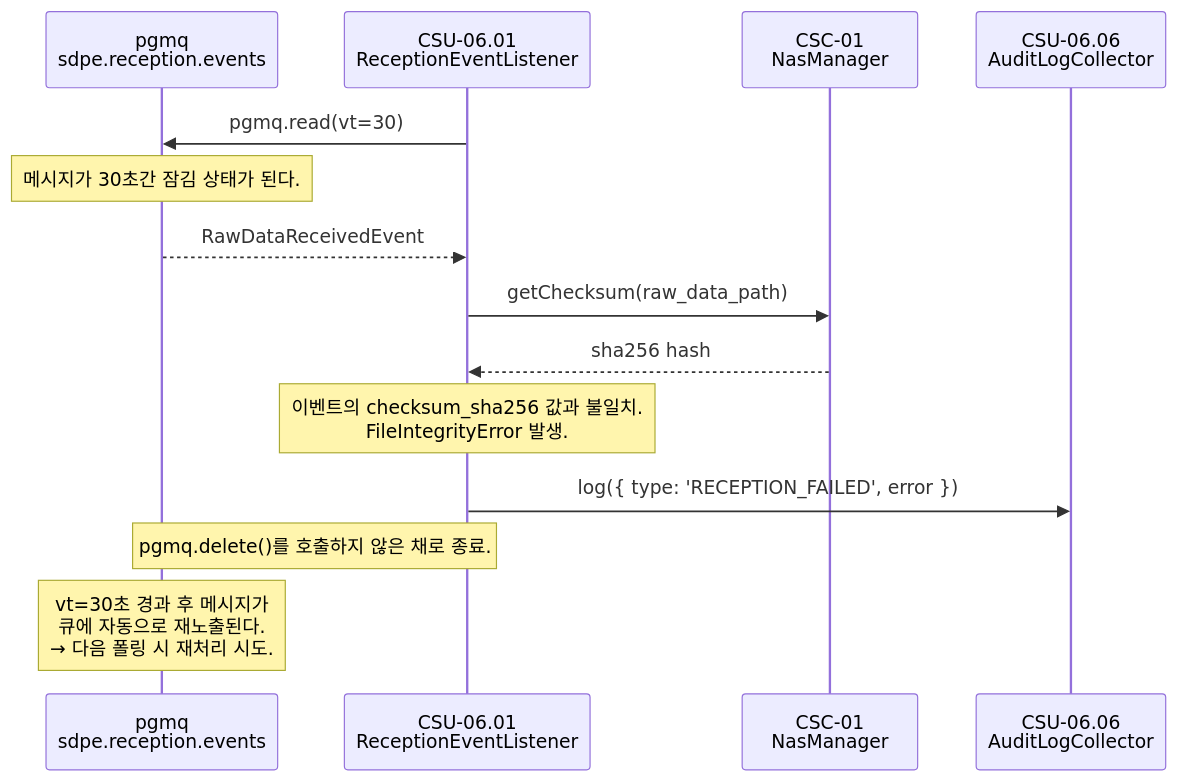
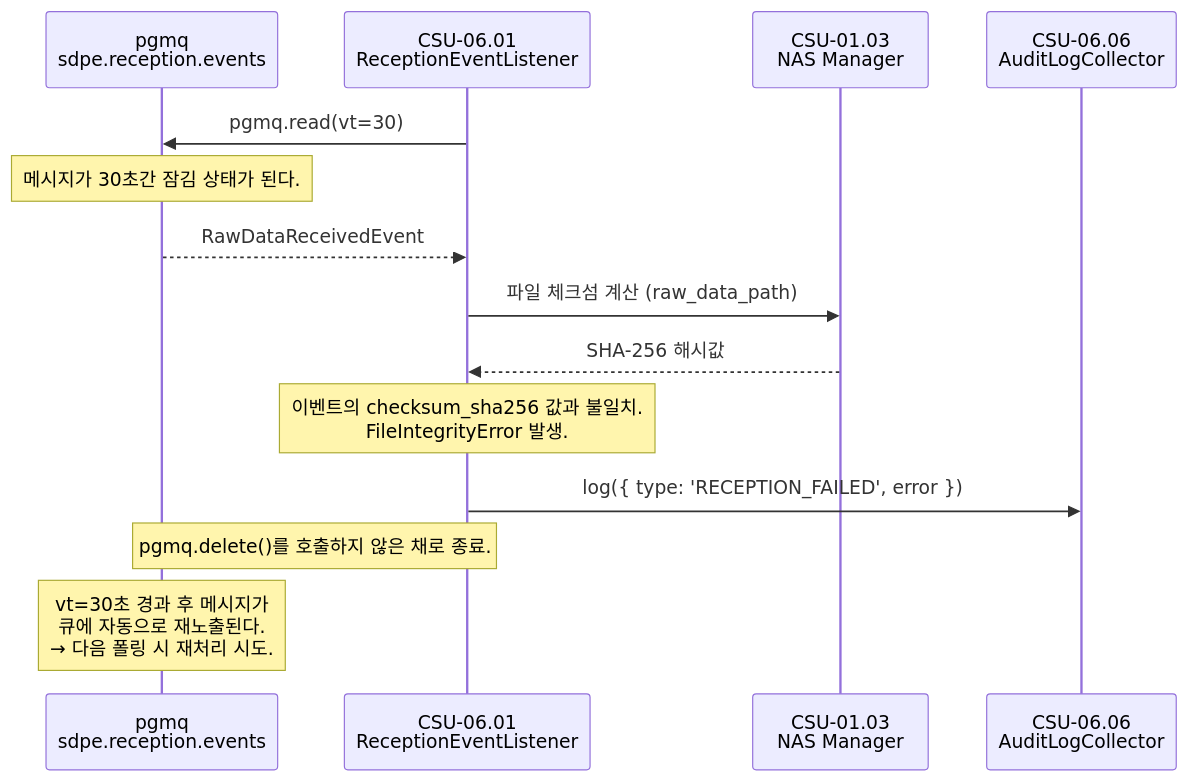
Before and after one commit to GTD-web/sar-data-process-element: the second of 2 diagrams in docs/csc-06/csu-06.01-reception-event-listener.md, drawn with Mermaid. The commit also changed other lines of this file and 9 other files, not shown here.

````diff
--- a/docs/csc-06/csu-06.01-reception-event-listener.md
+++ b/docs/csc-06/csu-06.01-reception-event-listener.md
@@ -104,20 +112,20 @@
 ```mermaid
 sequenceDiagram
     participant Q1 as pgmq<br/>sdpe.reception.events
     participant L as CSU-06.01<br/>ReceptionEventListener
-    participant NAS as CSC-01<br/>NasManager
+    participant NAS as CSU-01.03<br/>NAS Manager
     participant AL as CSU-06.06<br/>AuditLogCollector
 
     L->>Q1: pgmq.read(vt=30)
     Note over Q1: 메시지가 30초간 잠김 상태가 된다.
     Q1-->>L: RawDataReceivedEvent
 
-    L->>NAS: getChecksum(raw_data_path)
-    NAS-->>L: sha256 hash
+    L->>NAS: 파일 체크섬 계산 (raw_data_path)
+    NAS-->>L: SHA-256 해시값
     Note over L: 이벤트의 checksum_sha256 값과 불일치.<br/>FileIntegrityError 발생.
 
     L->>AL: log({ type: 'RECEPTION_FAILED', error })
 
     Note over L,Q1: pgmq.delete()를 호출하지 않은 채로 종료.
     Note over Q1: vt=30초 경과 후 메시지가<br/>큐에 자동으로 재노출된다.<br/>→ 다음 폴링 시 재처리 시도.
 ```
````
